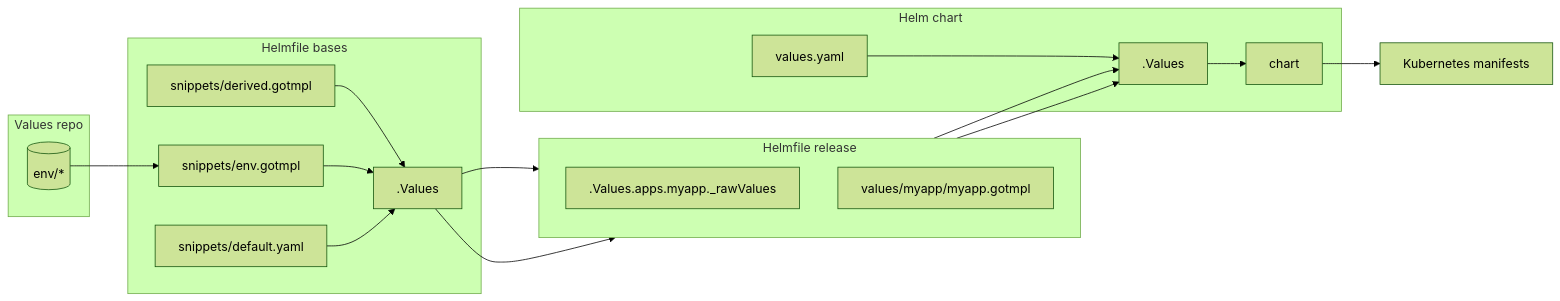
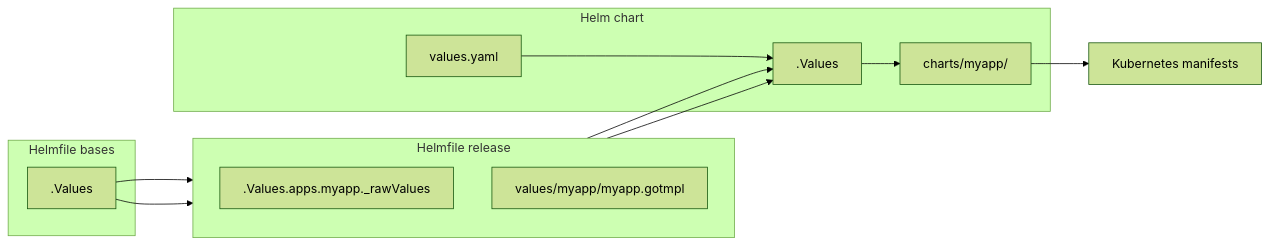
The second of 4 diagrams in docs/development.md (linode/apl-core), drawn with Mermaid (forest theme) before and after one commit. The commit also changed other lines of this file, not shown here.

````diff
--- a/docs/development.md
+++ b/docs/development.md
@@ -89,25 +158,19 @@
 ```mermaid
 flowchart LR
     subgraph Helm chart
-        values.yaml --> V2[.Values]
-        V2 --> chart
+        values.yaml --> CV[.Values]
+        CV --> CT["charts/myapp/"]
     end
     subgraph Helmfile release
         direction TB
-        .Values.apps.myapp._rawValues --> V2
-        values/myapp/myapp.gotmpl --> V2
+        .Values.apps.myapp._rawValues --> CV
+        values/myapp/myapp.gotmpl --> CV
     end
 
     subgraph Helmfile bases
-        snippets/derived.gotmpl --> .Values
-        snippets/env.gotmpl --> .Values
-        snippets/default.yaml --> .Values
         .Values --> values/myapp/myapp.gotmpl
         .Values --> .Values.apps.myapp._rawValues
     end
 
-    subgraph Values repo
-        R[(env/*)] --> snippets/env.gotmpl
-    end
-    chart --> test[Kubernetes manifests]
+    CT --> test[Kubernetes manifests]
 ```
````
